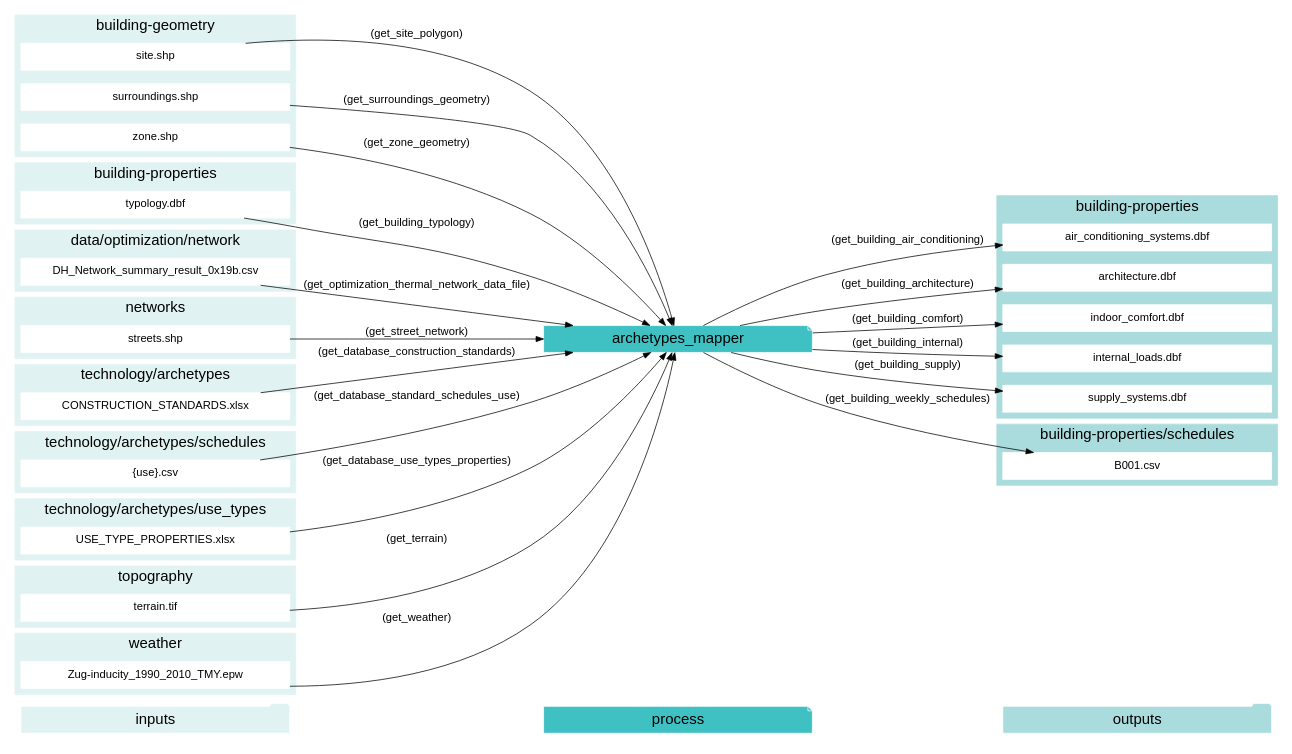
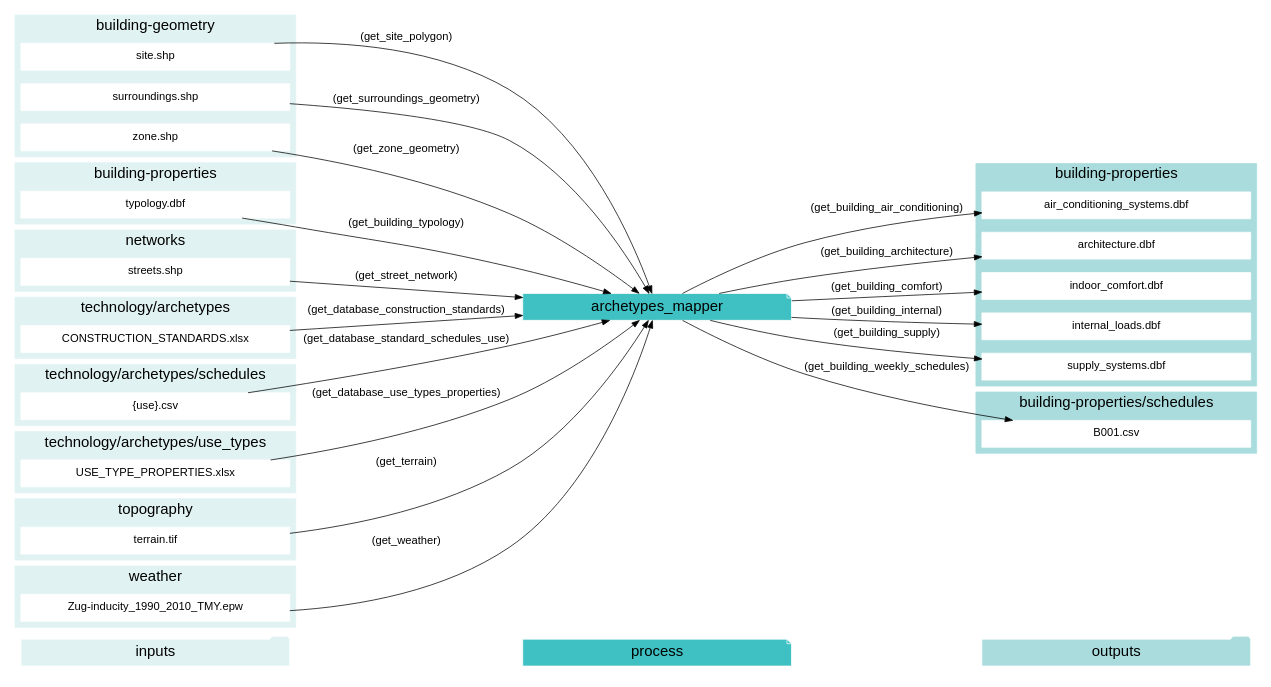
Before and after one commit to architecture-building-systems/CityEnergyAnalyst: the diagram in docs/graphviz/archetypes_mapper.gv, drawn with Graphviz. The commit also changed 25 other files, not shown here.

Commit message:
working on the graphviz output

```diff
--- a/docs/graphviz/archetypes_mapper.gv
+++ b/docs/graphviz/archetypes_mapper.gv
@@ -1,128 +1,119 @@
 digraph trace_inputlocator {
     rankdir="LR";
     graph [overlap=false, fontname=arial];
     node [shape=box, style=filled, color=white, fontsize=15, fontname=arial, fixedsize=true, width=5];
     edge [fontname=arial, fontsize = 15]
     newrank=true
     subgraph cluster_legend {
     fontsize=25
     style=invis
     "process"[style=filled, fillcolor="#3FC0C2", shape=note, fontsize=20, fontname="arial"]
     "inputs" [style=filled, shape=folder, color=white, fillcolor="#E1F2F2", fontsize=20]
     "outputs"[style=filled, shape=folder, color=white, fillcolor="#aadcdd", fontsize=20]
     "inputs"->"process"[style=invis]
     "process"->"outputs"[style=invis]
     }
     "archetypes_mapper"[style=filled, color=white, fillcolor="#3FC0C2", shape=note, fontsize=20, fontname=arial];
     subgraph cluster_0_in {
         style = filled;
         color = "#E1F2F2";
         fontsize = 20;
         rank=same;
         label="building-geometry";
         "site.shp"
         "surroundings.shp"
         "zone.shp"
     }
     subgraph cluster_1_in {
         style = filled;
         color = "#E1F2F2";
         fontsize = 20;
         rank=same;
         label="building-properties";
         "typology.dbf"
     }
     subgraph cluster_1_out {
         style = filled;
         color = "#aadcdd";
         fontsize = 20;
         rank=same;
         label="building-properties";
         "air_conditioning_systems.dbf"
         "architecture.dbf"
         "indoor_comfort.dbf"
         "internal_loads.dbf"
         "supply_systems.dbf"
     }
     subgraph cluster_2_out {
         style = filled;
         color = "#aadcdd";
         fontsize = 20;
         rank=same;
         label="building-properties/schedules";
         "B001.csv"
     }
     subgraph cluster_3_in {
         style = filled;
         color = "#E1F2F2";
         fontsize = 20;
         rank=same;
-        label="data/optimization/network";
-        "DH_Network_summary_result_0x19b.csv"
-    }
-    subgraph cluster_4_in {
-        style = filled;
-        color = "#E1F2F2";
-        fontsize = 20;
-        rank=same;
         label="networks";
         "streets.shp"
     }
-    subgraph cluster_5_in {
+    subgraph cluster_4_in {
         style = filled;
         color = "#E1F2F2";
         fontsize = 20;
         rank=same;
         label="technology/archetypes";
         "CONSTRUCTION_STANDARDS.xlsx"
     }
-    subgraph cluster_6_in {
+    subgraph cluster_5_in {
         style = filled;
         color = "#E1F2F2";
         fontsize = 20;
         rank=same;
         label="technology/archetypes/schedules";
         "{use}.csv"
     }
-    subgraph cluster_7_in {
+    subgraph cluster_6_in {
         style = filled;
         color = "#E1F2F2";
         fontsize = 20;
         rank=same;
         label="technology/archetypes/use_types";
         "USE_TYPE_PROPERTIES.xlsx"
     }
-    subgraph cluster_8_in {
+    subgraph cluster_7_in {
         style = filled;
         color = "#E1F2F2";
         fontsize = 20;
         rank=same;
         label="topography";
         "terrain.tif"
     }
-    subgraph cluster_9_in {
+    subgraph cluster_8_in {
         style = filled;
         color = "#E1F2F2";
         fontsize = 20;
         rank=same;
         label="weather";
         "Zug-inducity_1990_2010_TMY.epw"
     }
     "typology.dbf" -> "archetypes_mapper"[label="(get_building_typology)"]
     "CONSTRUCTION_STANDARDS.xlsx" -> "archetypes_mapper"[label="(get_database_construction_standards)"]
     "{use}.csv" -> "archetypes_mapper"[label="(get_database_standard_schedules_use)"]
     "USE_TYPE_PROPERTIES.xlsx" -> "archetypes_mapper"[label="(get_database_use_types_properties)"]
-    "DH_Network_summary_result_0x19b.csv" -> "archetypes_mapper"[label="(get_optimization_thermal_network_data_file)"]
     "site.shp" -> "archetypes_mapper"[label="(get_site_polygon)"]
     "streets.shp" -> "archetypes_mapper"[label="(get_street_network)"]
     "surroundings.shp" -> "archetypes_mapper"[label="(get_surroundings_geometry)"]
     "terrain.tif" -> "archetypes_mapper"[label="(get_terrain)"]
     "Zug-inducity_1990_2010_TMY.epw" -> "archetypes_mapper"[label="(get_weather)"]
     "zone.shp" -> "archetypes_mapper"[label="(get_zone_geometry)"]
     "archetypes_mapper" -> "air_conditioning_systems.dbf"[label="(get_building_air_conditioning)"]
     "archetypes_mapper" -> "architecture.dbf"[label="(get_building_architecture)"]
     "archetypes_mapper" -> "indoor_comfort.dbf"[label="(get_building_comfort)"]
     "archetypes_mapper" -> "internal_loads.dbf"[label="(get_building_internal)"]
     "archetypes_mapper" -> "supply_systems.dbf"[label="(get_building_supply)"]
     "archetypes_mapper" -> "B001.csv"[label="(get_building_weekly_schedules)"]
     }
```
